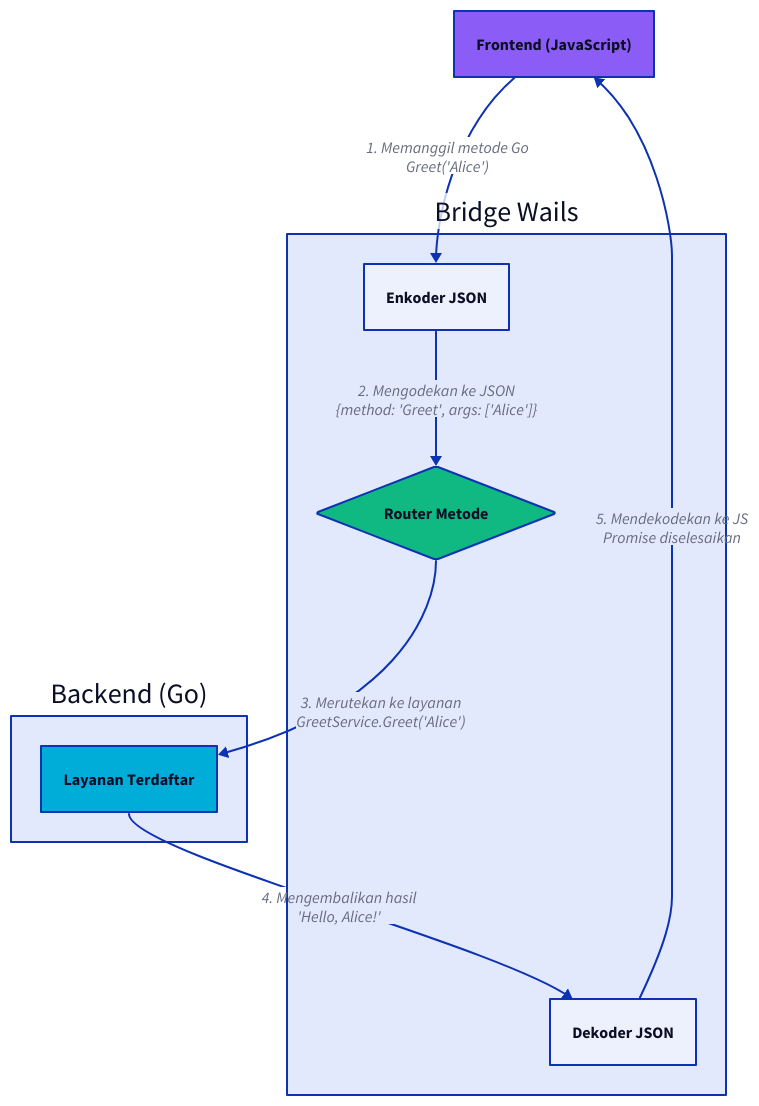
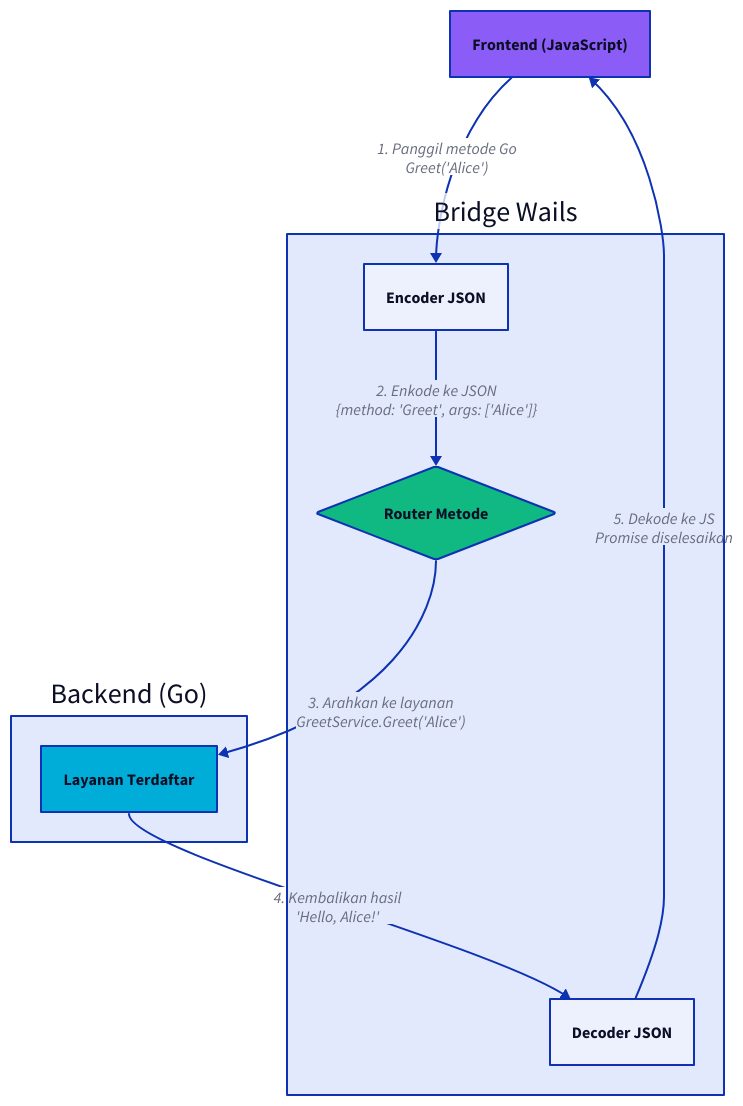
The second of 8 diagrams in docs/mpress/content/id/concepts/architecture.md (wailsapp/wails), drawn with D2 before and after one commit. The commit also changed other lines of this file and 1096 other files, not shown here.

````diff
--- a/docs/mpress/content/id/concepts/architecture.md
+++ b/docs/mpress/content/id/concepts/architecture.md
@@ -96,36 +96,36 @@
 ```d2
 direction: down
 
 Frontend: Frontend (JavaScript) {
   shape: rectangle
   style.fill: "#8B5CF6"
 }
 
 Bridge: Bridge Wails {
-  Encoder: Enkoder JSON {
+  Encoder: Encoder JSON {
     shape: rectangle
   }
 
   Router: Router Metode {
     shape: diamond
     style.fill: "#10B981"
   }
 
-  Decoder: Dekoder JSON {
+  Decoder: Decoder JSON {
     shape: rectangle
   }
 }
 
 Backend: Backend (Go) {
   Services: Layanan Terdaftar {
     shape: rectangle
     style.fill: "#00ADD8"
   }
 }
 
-Frontend -> Bridge.Encoder: "1. Memanggil metode Go\nGreet('Alice')"
-Bridge.Encoder -> Bridge.Router: "2. Mengodekan ke JSON\n{method: 'Greet', args: ['Alice']}"
-Bridge.Router -> Backend.Services: "3. Merutekan ke layanan\nGreetService.Greet('Alice')"
-Backend.Services -> Bridge.Decoder: "4. Mengembalikan hasil\n'Hello, Alice!'"
-Bridge.Decoder -> Frontend: "5. Mendekodekan ke JS\nPromise diselesaikan"
+Frontend -> Bridge.Encoder: "1. Panggil metode Go\nGreet('Alice')"
+Bridge.Encoder -> Bridge.Router: "2. Enkode ke JSON\n{method: 'Greet', args: ['Alice']}"
+Bridge.Router -> Backend.Services: "3. Arahkan ke layanan\nGreetService.Greet('Alice')"
+Backend.Services -> Bridge.Decoder: "4. Kembalikan hasil\n'Hello, Alice!'"
+Bridge.Decoder -> Frontend: "5. Dekode ke JS\nPromise diselesaikan"
 ```
````
